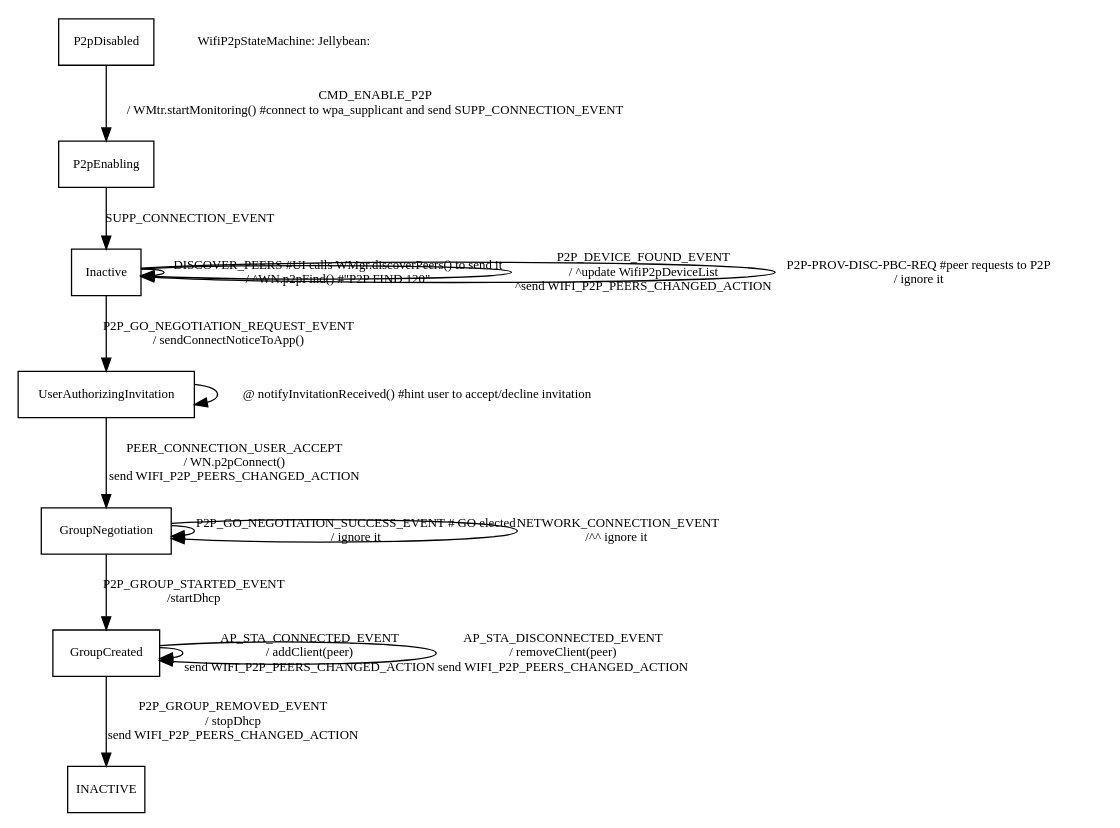
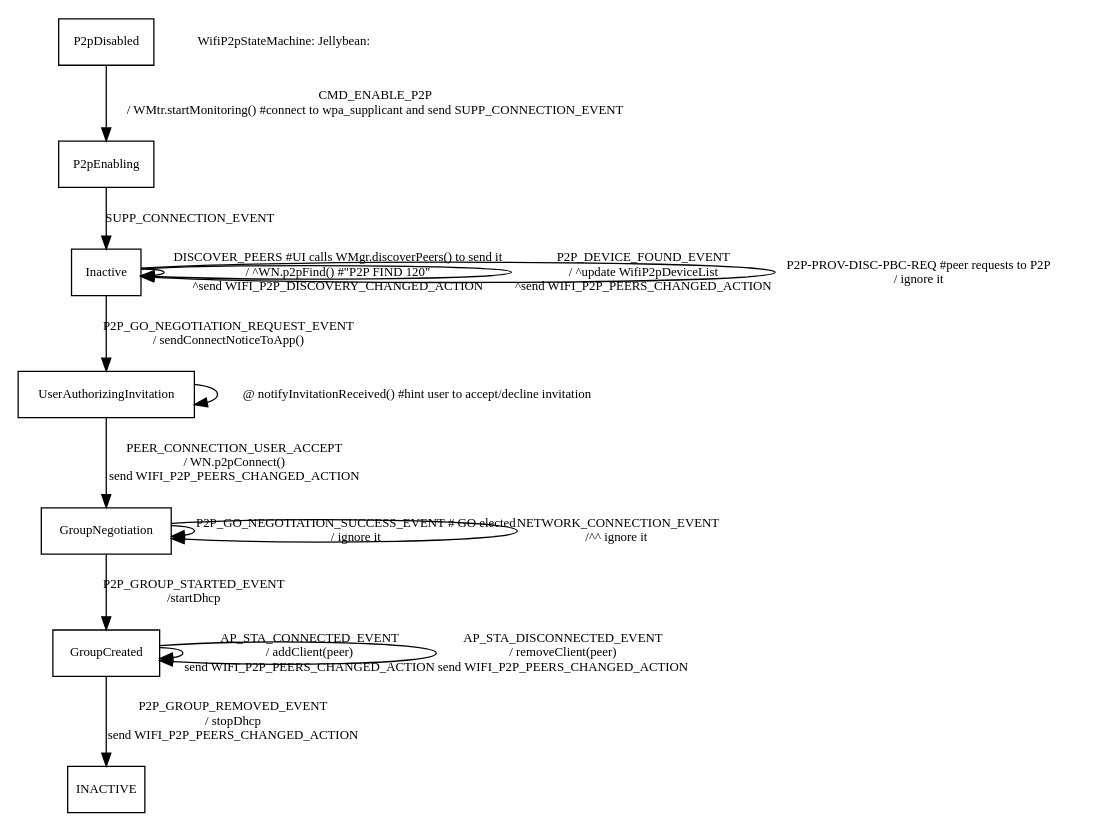
The diagram in SM_P2P.dot (greatgauss/graphviz_script), drawn with Graphviz before and after one commit. The commit also changed 2 other files, not shown here.

```diff
--- a/SM_P2P.dot
+++ b/SM_P2P.dot
@@ -1,23 +1,23 @@
 
 digraph automata_0 {
 	size = "8.5, 11";
 	fontname = "Microsoft YaHei";
 	fontsize = 15;
         rotate = 180;
 	node [shape = record, fontname = "Microsoft YaHei", fontsize = 10];
 	edge [fontname = "Microsoft YaHei", fontsize = 10];
 	P2pDisabled -> P2pEnabling[ label = "CMD_ENABLE_P2P\n/ WMtr.startMonitoring() #connect to wpa_supplicant and send SUPP_CONNECTION_EVENT " ];
 	P2pEnabling -> Inactive[ label = "SUPP_CONNECTION_EVENT " ];
-	Inactive -> Inactive[ label = "DISCOVER_PEERS #UI calls WMgr.discoverPeers() to send it\n / ^WN.p2pFind() #\"P2P FIND 120\"" ];
+	Inactive -> Inactive[ label = "DISCOVER_PEERS #UI calls WMgr.discoverPeers() to send it\n / ^WN.p2pFind() #\"P2P FIND 120\" \n^send WIFI_P2P_DISCOVERY_CHANGED_ACTION " ];
 	Inactive -> Inactive[ label = "P2P_DEVICE_FOUND_EVENT\n/ ^update WifiP2pDeviceList\n ^send WIFI_P2P_PEERS_CHANGED_ACTION " ];
 	Inactive -> Inactive[ label = "P2P-PROV-DISC-PBC-REQ #peer requests to P2P\n/ ignore it" ];
 	Inactive -> UserAuthorizingInvitation[ label = "P2P_GO_NEGOTIATION_REQUEST_EVENT\n/ sendConnectNoticeToApp() " ];
 	UserAuthorizingInvitation-> UserAuthorizingInvitation[ label = "@ notifyInvitationReceived() #hint user to accept/decline invitation " ];
 	UserAuthorizingInvitation-> GroupNegotiation[ label = "PEER_CONNECTION_USER_ACCEPT\n/ WN.p2pConnect() \n send WIFI_P2P_PEERS_CHANGED_ACTION " ];
 	GroupNegotiation -> GroupNegotiation[ label = "P2P_GO_NEGOTIATION_SUCCESS_EVENT # GO elected\n/ ignore it " ];
 	GroupNegotiation -> GroupNegotiation[ label = "  NETWORK_CONNECTION_EVENT\n /^^ ignore it " ];
 	GroupNegotiation -> GroupCreated[ label = "P2P_GROUP_STARTED_EVENT\n /startDhcp" ];
 	GroupCreated -> GroupCreated[ label = "AP_STA_CONNECTED_EVENT\n / addClient(peer)\n send WIFI_P2P_PEERS_CHANGED_ACTION" ];
 	GroupCreated -> GroupCreated[ label = "AP_STA_DISCONNECTED_EVENT\n / removeClient(peer)\n send WIFI_P2P_PEERS_CHANGED_ACTION" ];
 	GroupCreated -> INACTIVE[ label = "P2P_GROUP_REMOVED_EVENT\n / stopDhcp\n send WIFI_P2P_PEERS_CHANGED_ACTION" ];
 	"WifiP2pStateMachine: Jellybean:" [ shape = plaintext ]; }
```
